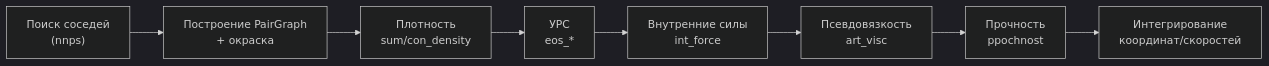
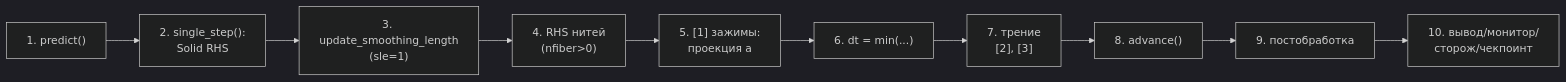
Before and after one commit to smarry-code/SPH: the second of 3 diagrams in docs/04-explanation/architecture/pipeline-overview.md, drawn with Mermaid (dark theme). The commit also changed other lines of this file and 41 other files, not shown here.

````diff
--- a/docs/04-explanation/architecture/pipeline-overview.md
+++ b/docs/04-explanation/architecture/pipeline-overview.md
@@ -40,10 +57,12 @@
 ```mermaid
 flowchart LR
-    S1["Поиск соседей<br/>(nnps)"] --> S2["Построение PairGraph<br/>+ окраска"]
-    S2 --> S3["Плотность<br/>sum/con_density"]
-    S3 --> S4["УРС<br/>eos_*"]
-    S4 --> S5["Внутренние силы<br/>int_force"]
-    S5 --> S6["Псевдовязкость<br/>art_visc"]
-    S6 --> S7["Прочность<br/>ppochnost"]
-    S7 --> S8["Интегрирование<br/>координат/скоростей"]
+    S1["1. predict()"] --> S2["2. single_step():<br/>Solid RHS"]
+    S2 --> S3["3. update_smoothing_length<br/>(sle=1)"]
+    S3 --> S4["4. RHS нитей<br/>(nfiber>0)"]
+    S4 --> S5["5. [1] зажимы:<br/>проекция a"]
+    S5 --> S6["6. dt = min(...)"]
+    S6 --> S7["7. трение<br/>[2], [3]"]
+    S7 --> S8["8. advance()"]
+    S8 --> S9["9. постобработка"]
+    S9 --> S10["10. вывод/монитор/<br/>сторож/чекпоинт"]
 ```
````
